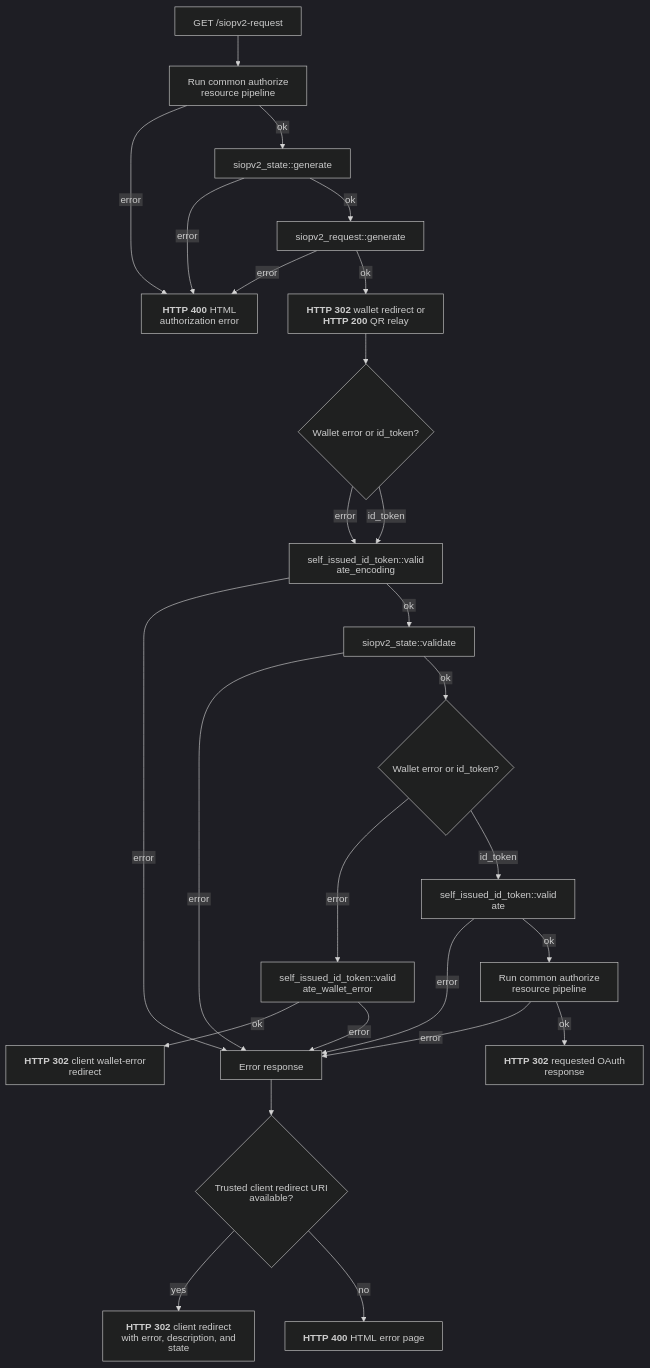
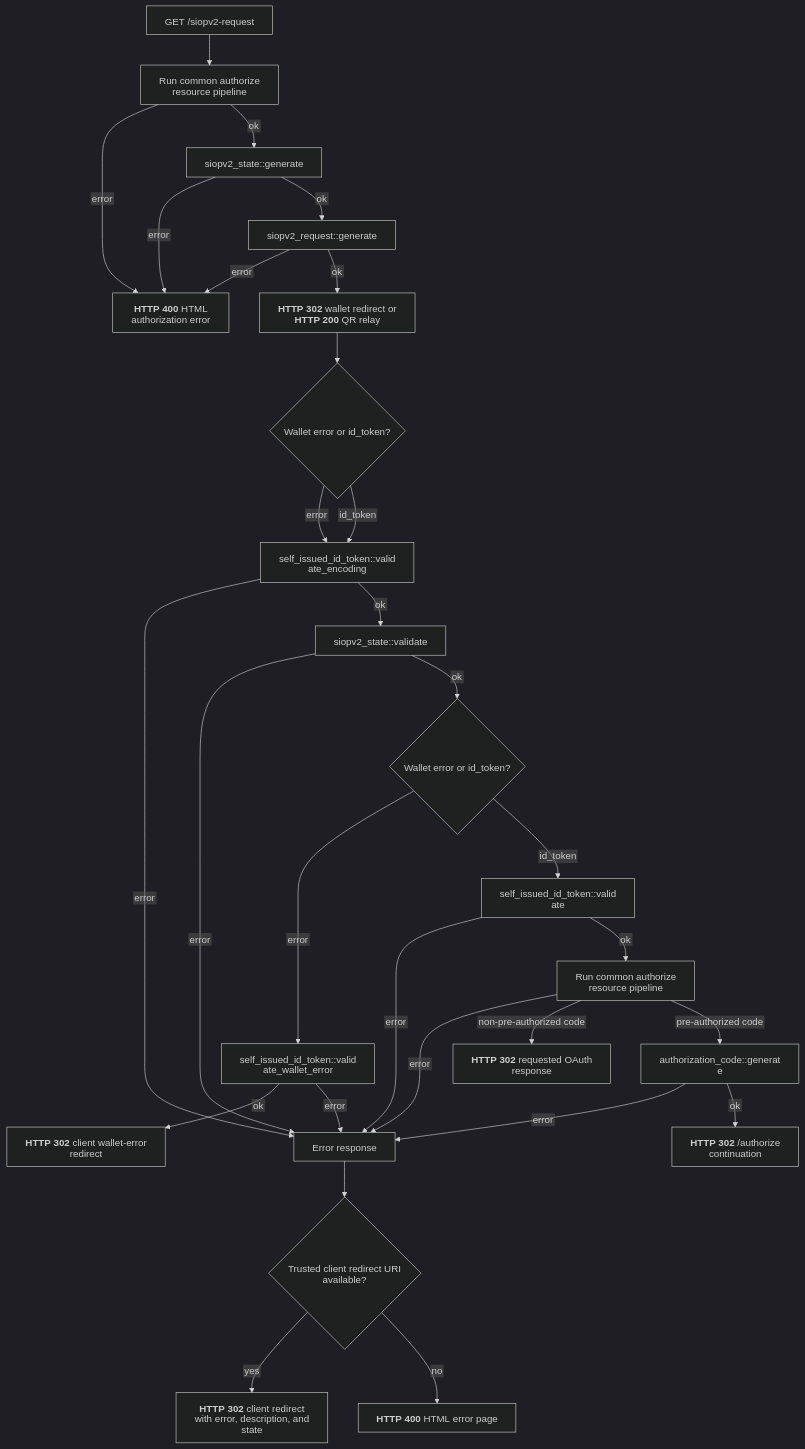
The diagram in docs/flows/siopv2/siopv2.mmd (malach-it/kagome), drawn with Mermaid (dark theme) before and after one commit. The commit also changed 34 other files, not shown here.

Commit message:
feat: add selective claims and siop authorization continuation

```diff
--- a/docs/flows/siopv2/siopv2.mmd
+++ b/docs/flows/siopv2/siopv2.mmd
@@ -1,27 +1,30 @@
 %%{init: {"htmlLabels": false, "flowchart": {"htmlLabels": false}}}%%
 flowchart TD
     begin[GET /siopv2-request] --> authorize[Run common authorize resource pipeline]
     authorize -- error --> request_error["`**HTTP 400** HTML authorization error`"]
     authorize -- ok --> state["siopv2_state::generate"]
     state -- error --> request_error
     state -- ok --> request_object["siopv2_request::generate"]
     request_object -- error --> request_error
     request_object -- ok --> authorization["`**HTTP 302** wallet redirect or **HTTP 200** QR relay`"]
     authorization --> wallet{Wallet error or id_token?}
     wallet -- error --> encoding["self_issued_id_token::validate_encoding"]
     wallet -- id_token --> encoding
     encoding -- error --> response_error
     encoding -- ok --> restore["siopv2_state::validate"]
     restore -- error --> response_error
     restore -- ok --> kind{Wallet error or id_token?}
     kind -- error --> wallet_error["self_issued_id_token::validate_wallet_error"]
     wallet_error -- ok --> wallet_redirect["`**HTTP 302** client wallet-error redirect`"]
     wallet_error -- error --> response_error
     kind -- id_token --> id_token["self_issued_id_token::validate"]
     id_token -- error --> response_error
     id_token -- ok --> continuation[Run common authorize resource pipeline]
     continuation -- error --> response_error
-    continuation -- ok --> identity_success["`**HTTP 302** requested OAuth response`"]
+    continuation -- non-pre-authorized code --> identity_success["`**HTTP 302** requested OAuth response`"]
+    continuation -- pre-authorized code --> continuation_code["authorization_code::generate"]
+    continuation_code -- error --> response_error
+    continuation_code -- ok --> authorize_redirect["`**HTTP 302** /authorize continuation`"]
     response_error[Error response] --> destination{Trusted client redirect URI available?}
     destination -- yes --> error_redirect["`**HTTP 302** client redirect with error, description, and state`"]
     destination -- no --> html_error["`**HTTP 400** HTML error page`"]
```
